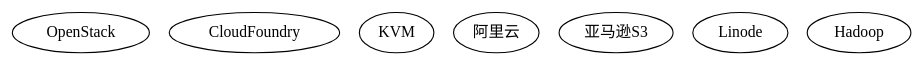
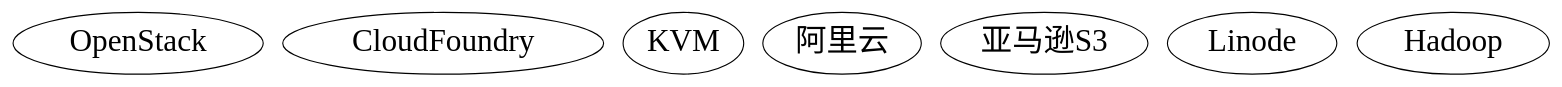
The diagram in big_data_cloud.dot (jtong/knowledge_map), drawn with Graphviz before and after one commit. The commit also changed 9 other files, not shown here.

```diff
--- a/big_data_cloud.dot
+++ b/big_data_cloud.dot
@@ -1,10 +1,11 @@
 graph big_data_cloud_knowlege_map {
+  node [fontname="Verdana", fontsize= 28, size="30,30"];
   OpenStack;
   CloudFoundry;
   KVM;
   阿里云;
   亚马逊S3;
   Linode;
 
   Hadoop;
 }	
```
